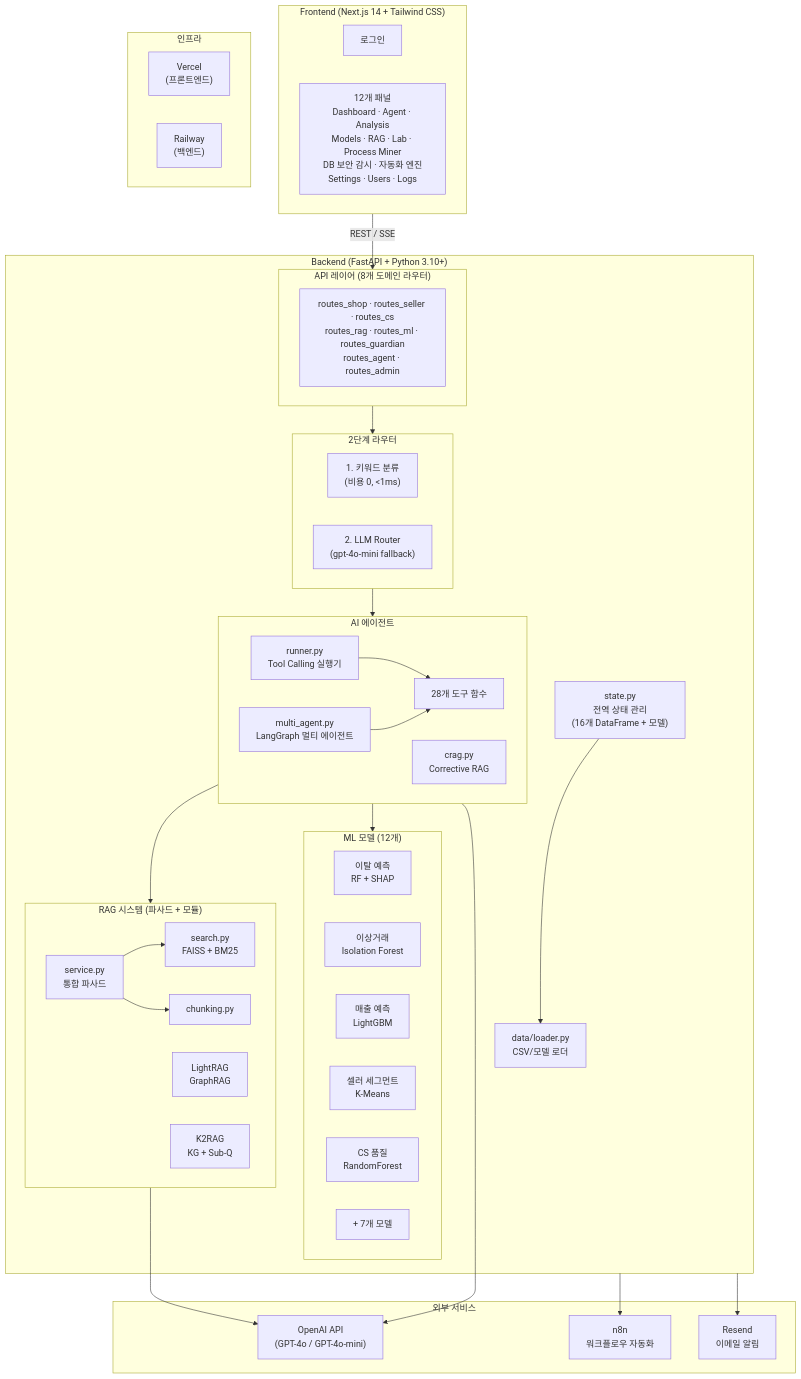
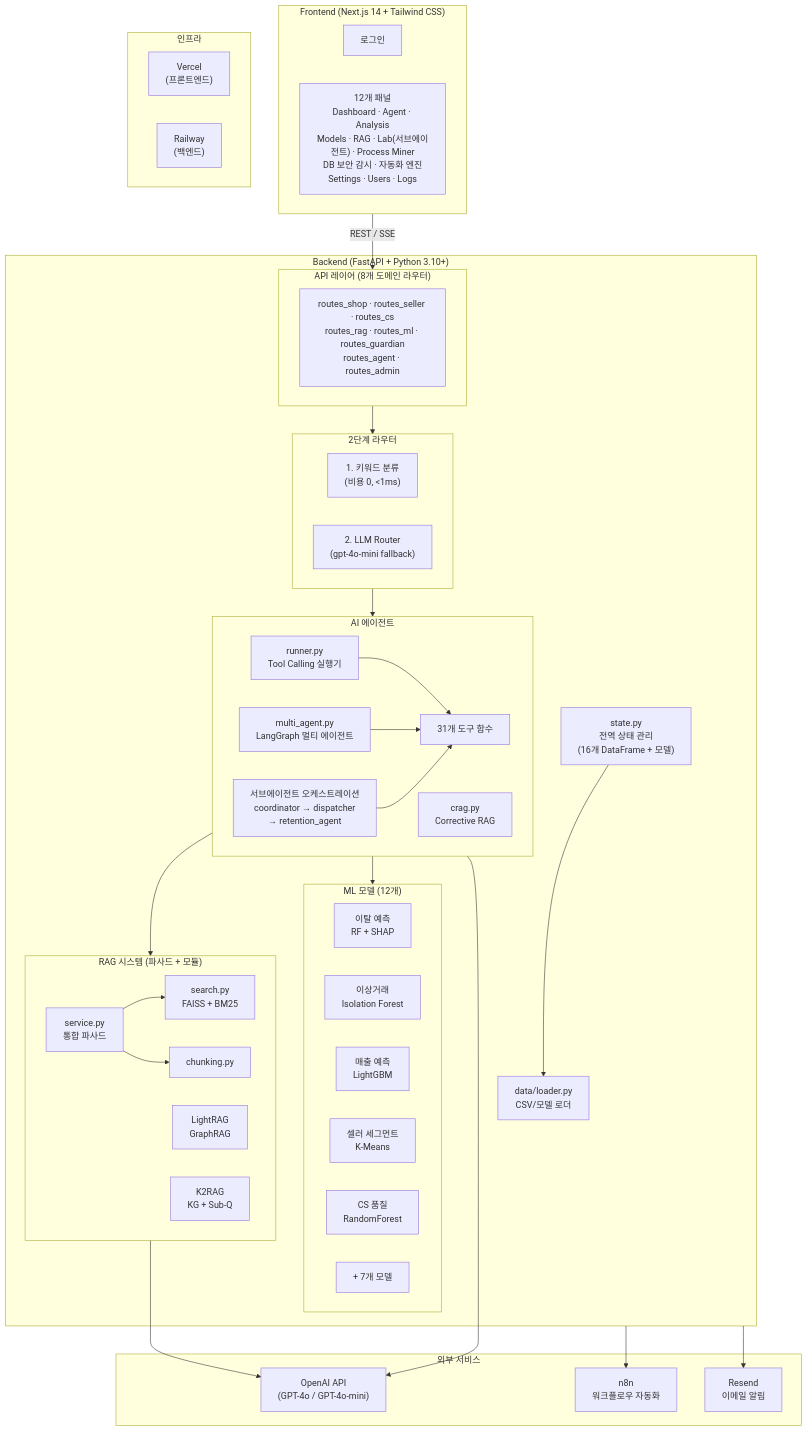
One commit to ASNGG/cafe24-demo changed the first of 8 diagrams in README.md. Above: the diagram before and after it, drawn with Mermaid. The commit also changed other lines of this file and 10 other files, not shown here.

First line of the commit message:
feat: 서브에이전트 오케스트레이션 아키텍처 구현 (🚧 개발중)

````diff
--- a/README.md
+++ b/README.md
@@ -127,71 +139,73 @@
 ```mermaid
 flowchart TB
     subgraph Frontend["Frontend (Next.js 14 + Tailwind CSS)"]
         Login[로그인]
-        Panels["12개 패널<br/>Dashboard · Agent · Analysis<br/>Models · RAG · Lab · Process Miner<br/>DB 보안 감시 · 자동화 엔진<br/>Settings · Users · Logs"]
+        Panels["12개 패널<br/>Dashboard · Agent · Analysis<br/>Models · RAG · Lab(서브에이전트) · Process Miner<br/>DB 보안 감시 · 자동화 엔진<br/>Settings · Users · Logs"]
     end
 
     subgraph Backend["Backend (FastAPI + Python 3.10+)"]
         subgraph API["API 레이어 (8개 도메인 라우터)"]
             Routes["routes_shop · routes_seller · routes_cs<br/>routes_rag · routes_ml · routes_guardian<br/>routes_agent · routes_admin"]
         end
 
         subgraph Router["2단계 라우터"]
             R1["1. 키워드 분류<br/>(비용 0, <1ms)"]
             R2["2. LLM Router<br/>(gpt-4o-mini fallback)"]
         end
 
         subgraph Agent["AI 에이전트"]
             Runner["runner.py<br/>Tool Calling 실행기"]
             MultiAgent["multi_agent.py<br/>LangGraph 멀티 에이전트"]
-            Tools["28개 도구 함수"]
+            SubAgent["서브에이전트 오케스트레이션<br/>coordinator → dispatcher<br/>→ retention_agent"]
+            Tools["31개 도구 함수"]
             CRAG["crag.py<br/>Corrective RAG"]
         end
 
         subgraph RAGSystem["RAG 시스템 (파사드 + 모듈)"]
             Service["service.py<br/>통합 파사드"]
             HybridRAG["search.py<br/>FAISS + BM25"]
             LightRAGNode["LightRAG<br/>GraphRAG"]
             K2RAGNode["K2RAG<br/>KG + Sub-Q"]
             Chunking["chunking.py"]
         end
 
         subgraph MLModels["ML 모델 (12개)"]
             Churn["이탈 예측<br/>RF + SHAP"]
             Fraud["이상거래<br/>Isolation Forest"]
             Revenue["매출 예측<br/>LightGBM"]
             Segment["셀러 세그먼트<br/>K-Means"]
             CSQuality["CS 품질<br/>RandomForest"]
             Others["+ 7개 모델"]
         end
 
         State["state.py<br/>전역 상태 관리<br/>(16개 DataFrame + 모델)"]
         DataLoader["data/loader.py<br/>CSV/모델 로더"]
     end
 
     subgraph External["외부 서비스"]
         OpenAI["OpenAI API<br/>(GPT-4o / GPT-4o-mini)"]
         n8n["n8n<br/>워크플로우 자동화"]
         Resend["Resend<br/>이메일 알림"]
     end
 
     subgraph Infra["인프라"]
         Vercel["Vercel<br/>(프론트엔드)"]
         Railway["Railway<br/>(백엔드)"]
     end
 
     Frontend -->|"REST / SSE"| API
     API --> Router
     Router --> Agent
     Agent --> RAGSystem
     Agent --> MLModels
     Agent --> OpenAI
     Service --> HybridRAG
     Service --> Chunking
     RAGSystem --> OpenAI
     Runner --> Tools
     MultiAgent --> Tools
+    SubAgent --> Tools
     Backend --> n8n
     Backend --> Resend
     State --> DataLoader
 ```
````
